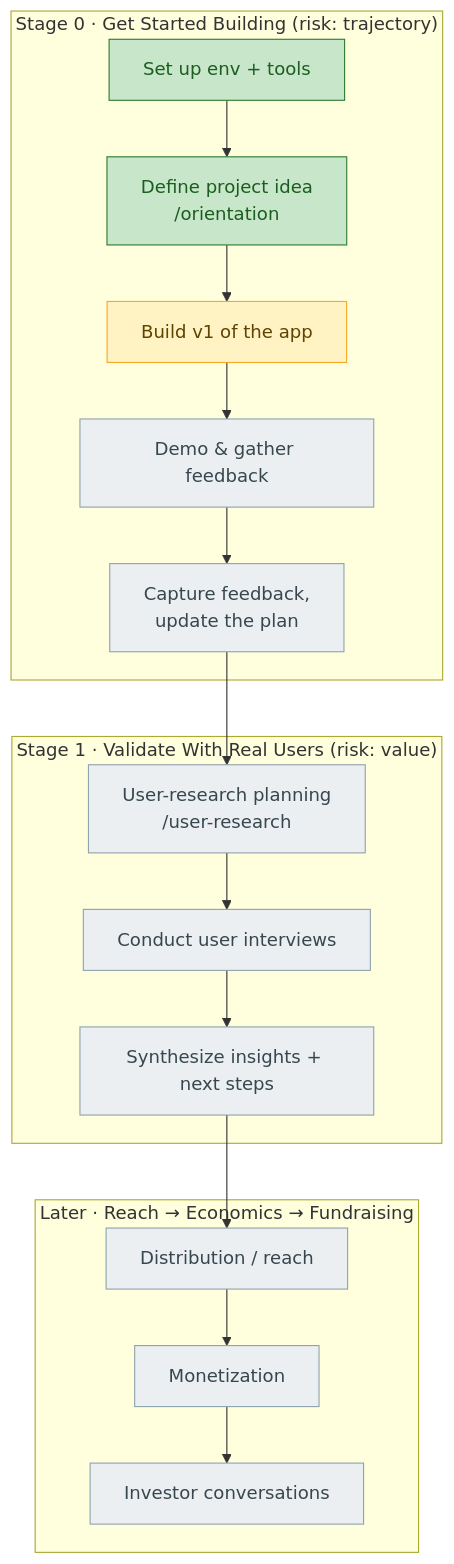
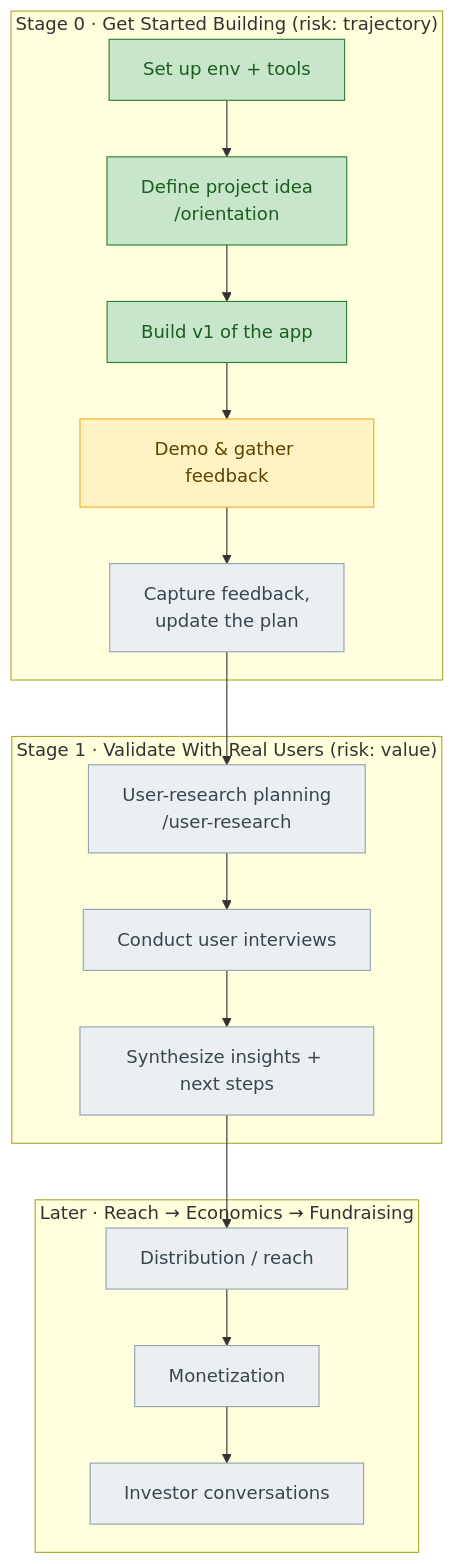
One commit to ngupta1729/MVP-1-Interactify changed the diagram in journey.md. Above: the diagram before and after it, drawn with Mermaid. The commit also changed other lines of this file and 3 other files, not shown here.

````diff
--- a/journey.md
+++ b/journey.md
@@ -24,26 +24,26 @@
 ```mermaid
 flowchart TD
     subgraph S0["Stage 0 · Get Started Building  (risk: trajectory)"]
         A0["Set up env + tools"] --> A1["Define project idea<br/>/orientation"]
         A1 --> A2["Build v1 of the app"]
         A2 --> A3["Demo &amp; gather feedback"]
         A3 --> A4["Capture feedback,<br/>update the plan"]
     end
     subgraph S1["Stage 1 · Validate With Real Users  (risk: value)"]
         B0["User-research planning<br/>/user-research"] --> B1["Conduct user interviews"]
         B1 --> B2["Synthesize insights + next steps"]
     end
     subgraph S2["Later · Reach → Economics → Fundraising"]
         C0["Distribution / reach"] --> C1["Monetization"]
         C1 --> C2["Investor conversations"]
     end
     A4 --> B0
     B2 --> C0
 
     classDef done fill:#c8e6c9,stroke:#2e7d32,color:#1b5e20;
     classDef current fill:#fff3c4,stroke:#f9a825,color:#5f4300;
     classDef todo fill:#eceff1,stroke:#90a4ae,color:#37474f;
-    class A0,A1 done;
-    class A2 current;
-    class A3,A4,B0,B1,B2,C0,C1,C2 todo;
+    class A0,A1,A2 done;
+    class A3 current;
+    class A4,B0,B1,B2,C0,C1,C2 todo;
 ```
````
